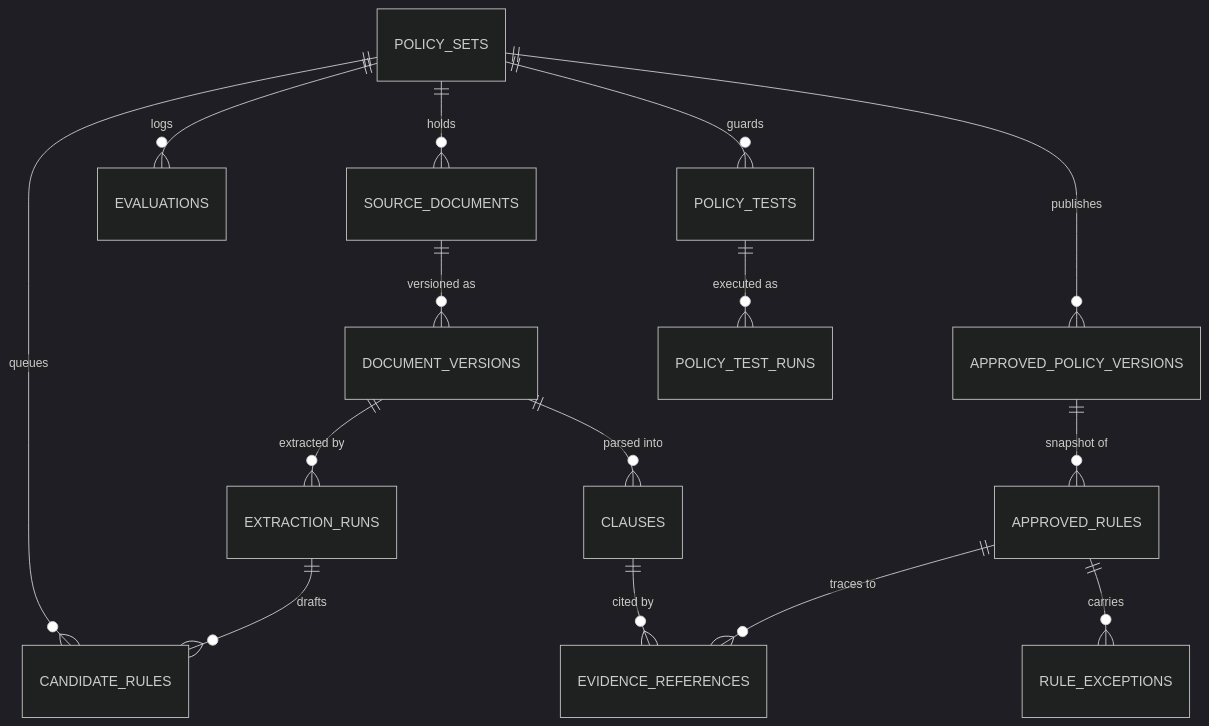
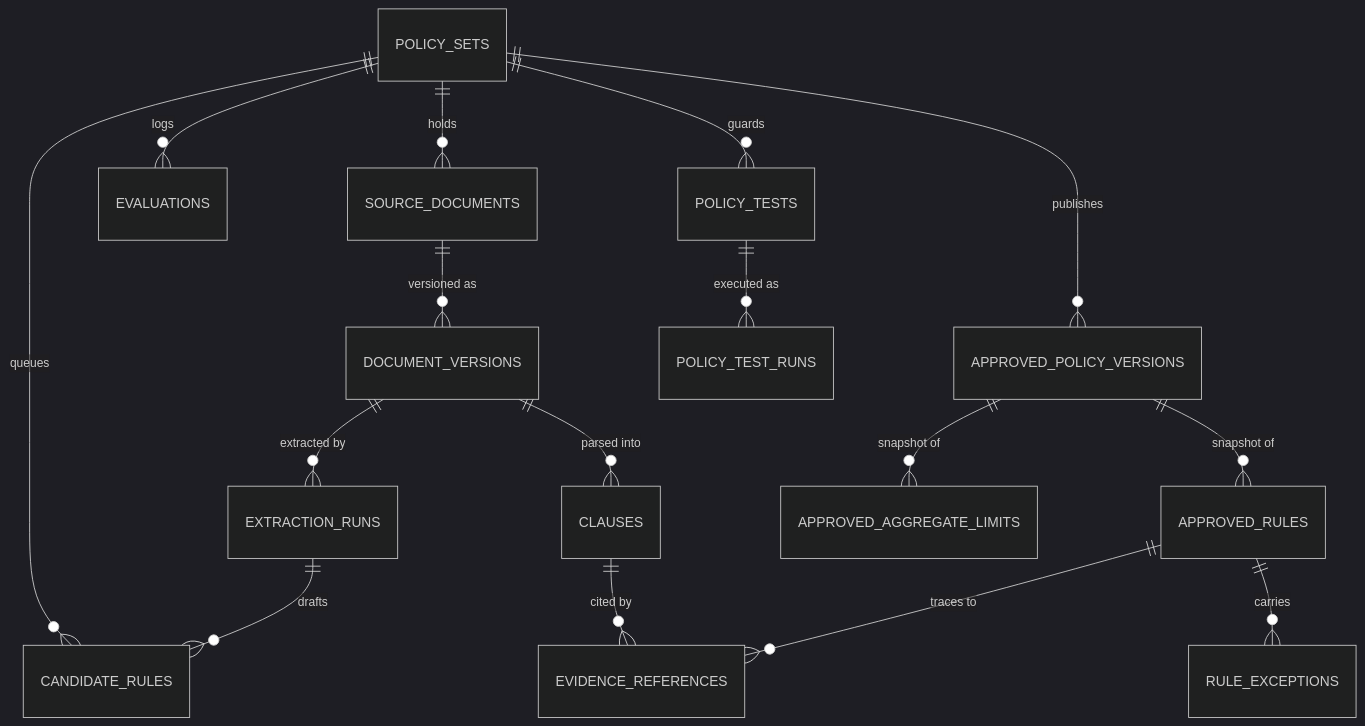
The diagram in docs/data-model.md (taomar/policy-governance-engine), drawn with Mermaid (dark theme) before and after one commit. The commit also changed other lines of this file, not shown here.

First line of the commit message:
docs(data-model): restore retained aggregate tables; distinguish tables from ORM models

````diff
--- a/docs/data-model.md
+++ b/docs/data-model.md
@@ -10,17 +14,18 @@
 ```mermaid
 erDiagram
     POLICY_SETS ||--o{ SOURCE_DOCUMENTS : "holds"
     SOURCE_DOCUMENTS ||--o{ DOCUMENT_VERSIONS : "versioned as"
     DOCUMENT_VERSIONS ||--o{ CLAUSES : "parsed into"
     DOCUMENT_VERSIONS ||--o{ EXTRACTION_RUNS : "extracted by"
     EXTRACTION_RUNS ||--o{ CANDIDATE_RULES : "drafts"
     POLICY_SETS ||--o{ CANDIDATE_RULES : "queues"
     POLICY_SETS ||--o{ APPROVED_POLICY_VERSIONS : "publishes"
     APPROVED_POLICY_VERSIONS ||--o{ APPROVED_RULES : "snapshot of"
+    APPROVED_POLICY_VERSIONS ||--o{ APPROVED_AGGREGATE_LIMITS : "snapshot of"
     APPROVED_RULES ||--o{ RULE_EXCEPTIONS : "carries"
     APPROVED_RULES ||--o{ EVIDENCE_REFERENCES : "traces to"
     CLAUSES ||--o{ EVIDENCE_REFERENCES : "cited by"
     POLICY_SETS ||--o{ EVALUATIONS : "logs"
     POLICY_SETS ||--o{ POLICY_TESTS : "guards"
     POLICY_TESTS ||--o{ POLICY_TEST_RUNS : "executed as"
 ```
````
